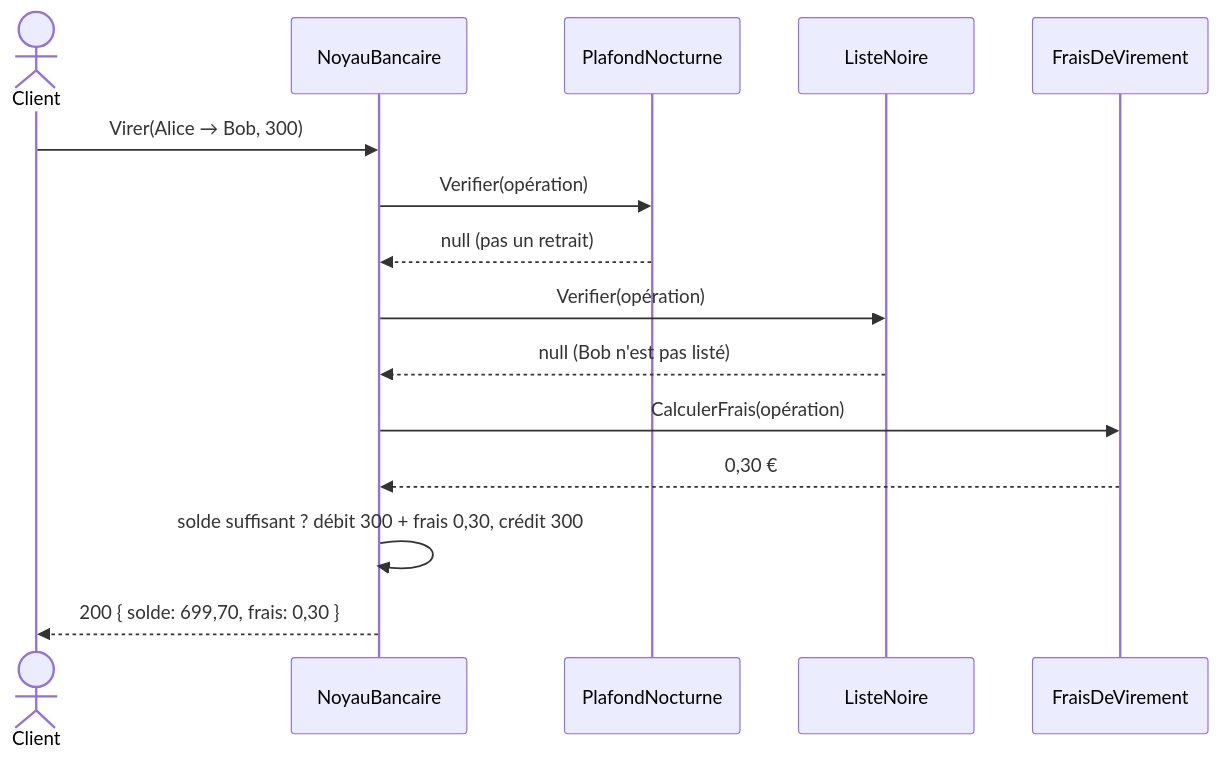
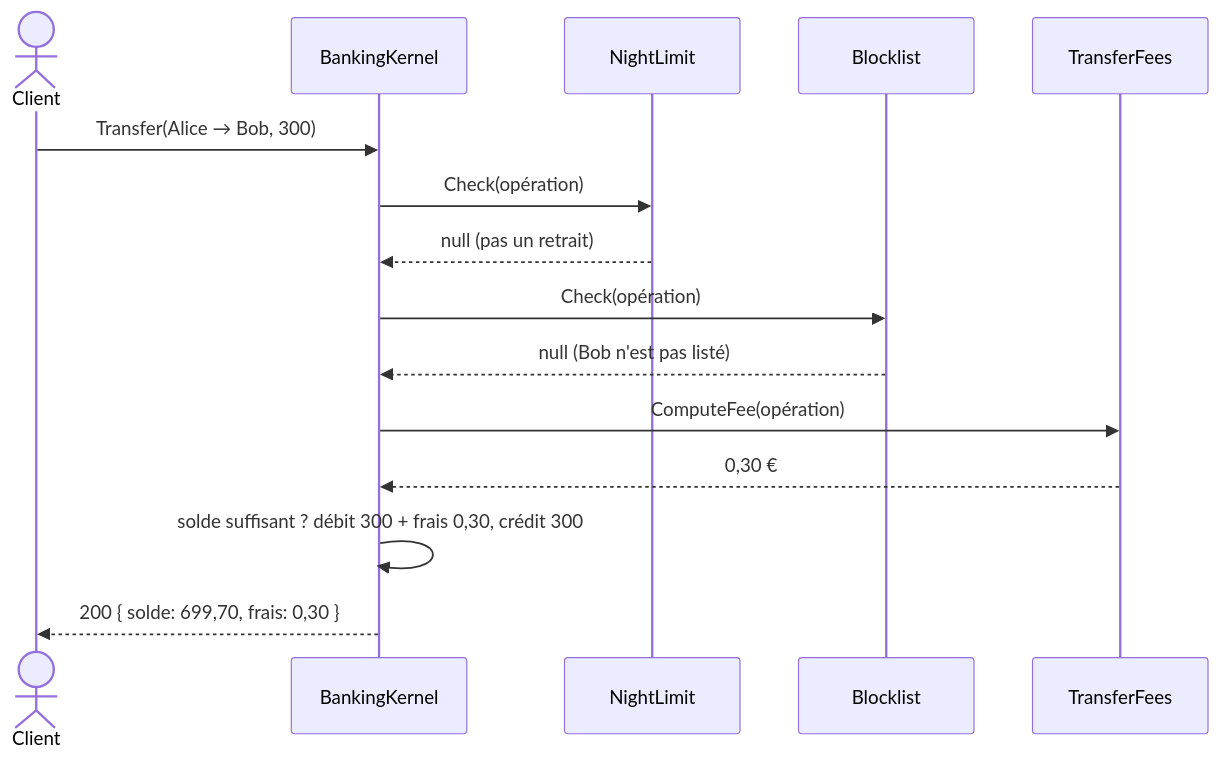
One commit to drangoht/ArchitecturesDemo changed the fourth of 5 diagrams in Docs/13-microkernel.md. Above: the diagram before and after it, drawn with Mermaid. The commit also changed other lines of this file and 70 other files, not shown here.

Commit message:
Docs FR : identifiants, liens, diagrammes et sorties alignés sur le code anglais

````diff
--- a/Docs/13-microkernel.md
+++ b/Docs/13-microkernel.md
@@ -238,17 +238,17 @@
 ```mermaid
 sequenceDiagram
     actor Client
-    participant N as NoyauBancaire
-    participant C1 as PlafondNocturne
-    participant C2 as ListeNoire
-    participant F as FraisDeVirement
-    Client->>N: Virer(Alice → Bob, 300)
-    N->>C1: Verifier(opération)
+    participant N as BankingKernel
+    participant C1 as NightLimit
+    participant C2 as Blocklist
+    participant F as TransferFees
+    Client->>N: Transfer(Alice → Bob, 300)
+    N->>C1: Check(opération)
     C1-->>N: null (pas un retrait)
-    N->>C2: Verifier(opération)
+    N->>C2: Check(opération)
     C2-->>N: null (Bob n'est pas listé)
-    N->>F: CalculerFrais(opération)
+    N->>F: ComputeFee(opération)
     F-->>N: 0,30 €
     N->>N: solde suffisant ? débit 300 + frais 0,30, crédit 300
     N-->>Client: 200 { solde: 699,70, frais: 0,30 }
 ```
````
